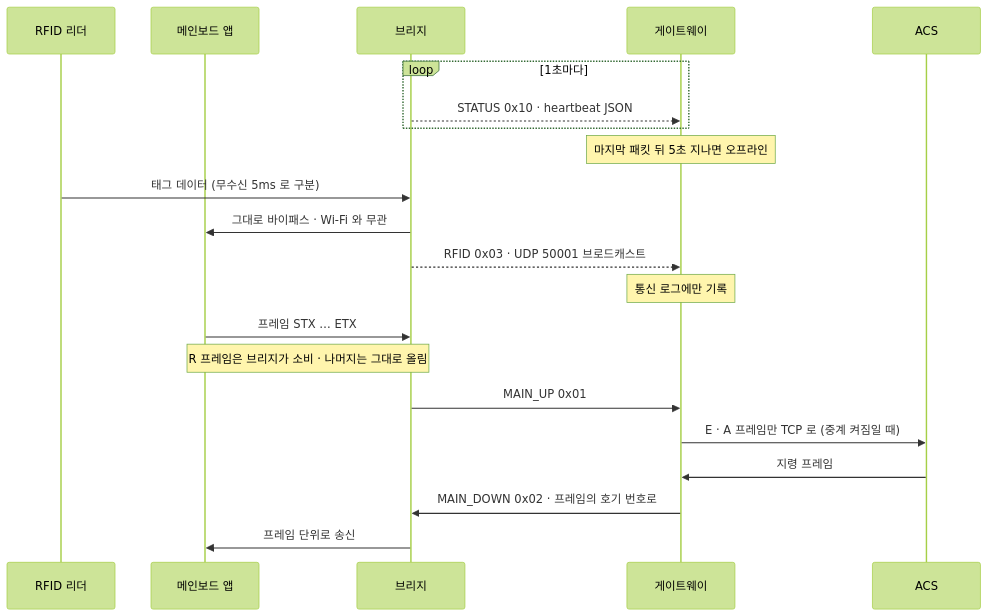
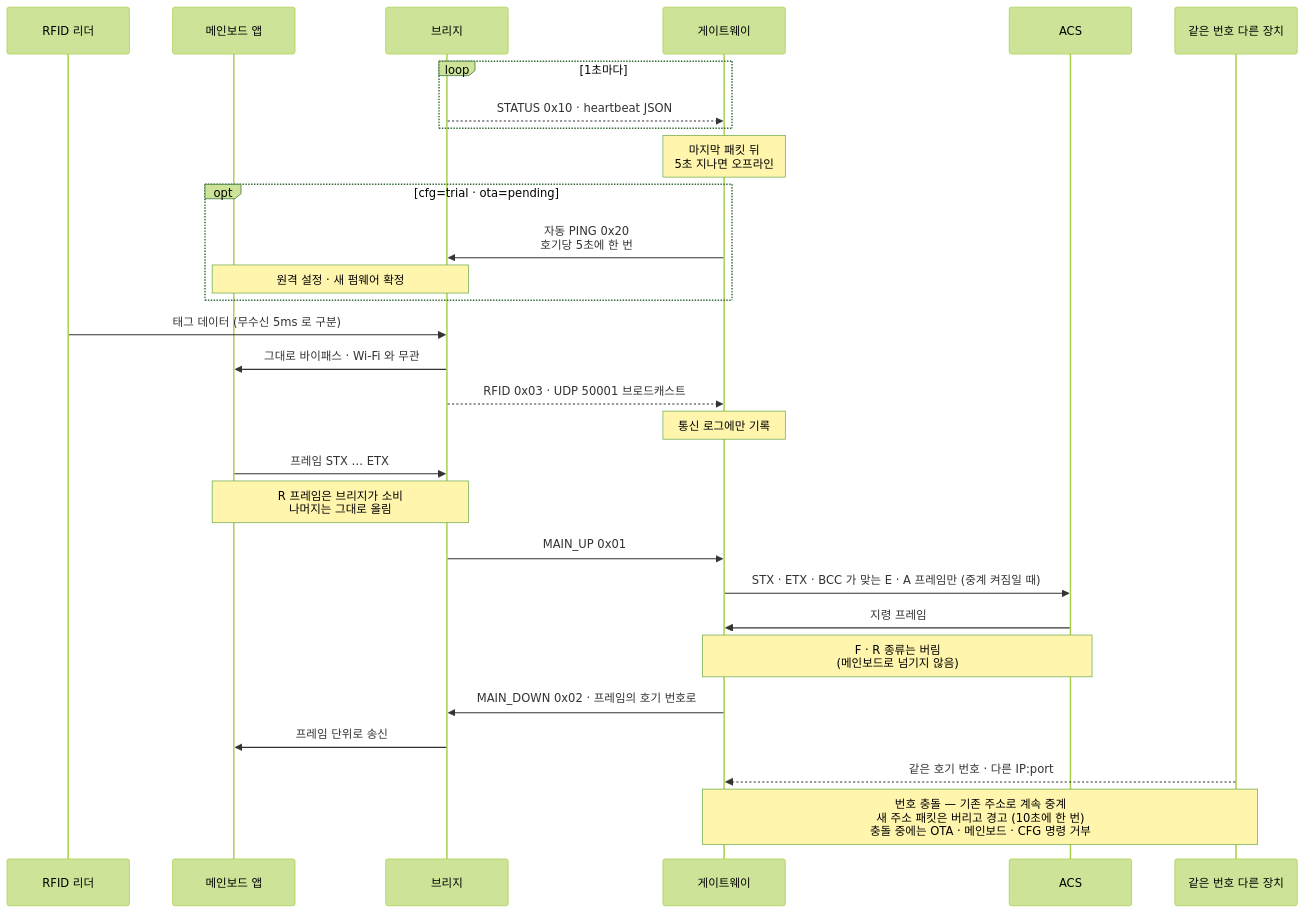
The diagram in docs/diagrams/normal-relay-seq.mmd (Leepy0/AGV_FOTA_GATEWAY), drawn with Mermaid (forest theme) before and after one commit. The commit also changed 34 other files, not shown here.

```diff
--- a/docs/diagrams/normal-relay-seq.mmd
+++ b/docs/diagrams/normal-relay-seq.mmd
@@ -1,21 +1,30 @@
+%%{init: {"sequence": {"mirrorActors": true, "width": 170, "actorMargin": 60}}}%%
 sequenceDiagram
   participant RF as RFID 리더
   participant APP as 메인보드 앱
   participant ESP as 브리지
   participant GW as 게이트웨이
   participant ACS as ACS
+  participant X as 같은 번호 다른 장치
   loop 1초마다
     ESP-->>GW: STATUS 0x10 · heartbeat JSON
   end
-  Note over GW: 마지막 패킷 뒤 5초 지나면 오프라인
+  Note over GW: 마지막 패킷 뒤<br/>5초 지나면 오프라인
+  opt cfg=trial · ota=pending
+    GW->>ESP: 자동 PING 0x20<br/>호기당 5초에 한 번
+    Note over APP,ESP: 원격 설정 · 새 펌웨어 확정
+  end
   RF->>ESP: 태그 데이터 (무수신 5ms 로 구분)
   ESP->>APP: 그대로 바이패스 · Wi-Fi 와 무관
   ESP-->>GW: RFID 0x03 · UDP 50001 브로드캐스트
   Note over GW: 통신 로그에만 기록
   APP->>ESP: 프레임 STX … ETX
-  Note over APP,ESP: R 프레임은 브리지가 소비 · 나머지는 그대로 올림
+  Note over APP,ESP: R 프레임은 브리지가 소비<br/>나머지는 그대로 올림
   ESP->>GW: MAIN_UP 0x01
-  GW->>ACS: E · A 프레임만 TCP 로 (중계 켜짐일 때)
+  GW->>ACS: STX · ETX · BCC 가 맞는 E · A 프레임만 (중계 켜짐일 때)
   ACS->>GW: 지령 프레임
+  Note over GW,ACS: F · R 종류는 버림<br/>(메인보드로 넘기지 않음)
   GW->>ESP: MAIN_DOWN 0x02 · 프레임의 호기 번호로
   ESP->>APP: 프레임 단위로 송신
+  X-->>GW: 같은 호기 번호 · 다른 IP:port
+  Note over GW,X: 번호 충돌 — 기존 주소로 계속 중계<br/>새 주소 패킷은 버리고 경고 (10초에 한 번)<br/>충돌 중에는 OTA · 메인보드 · CFG 명령 거부
```
